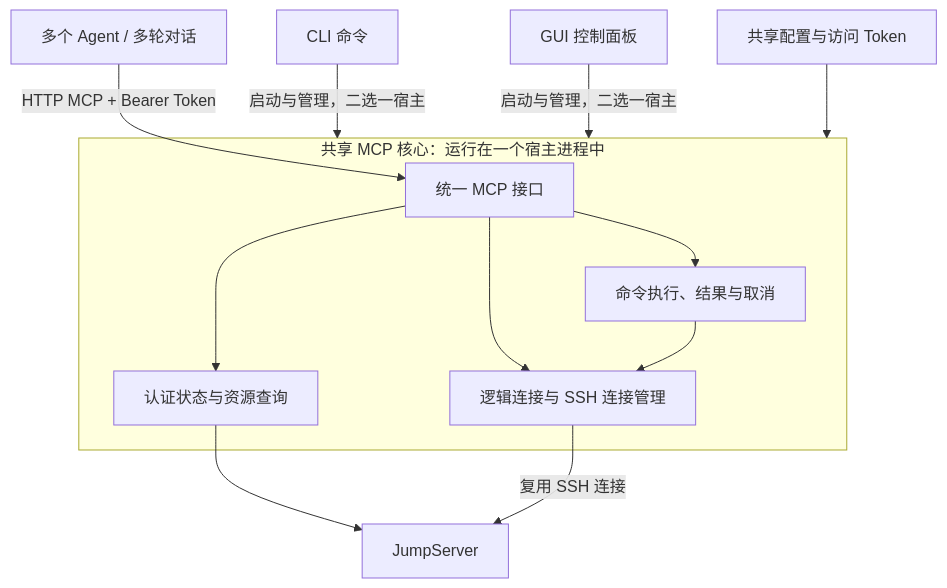
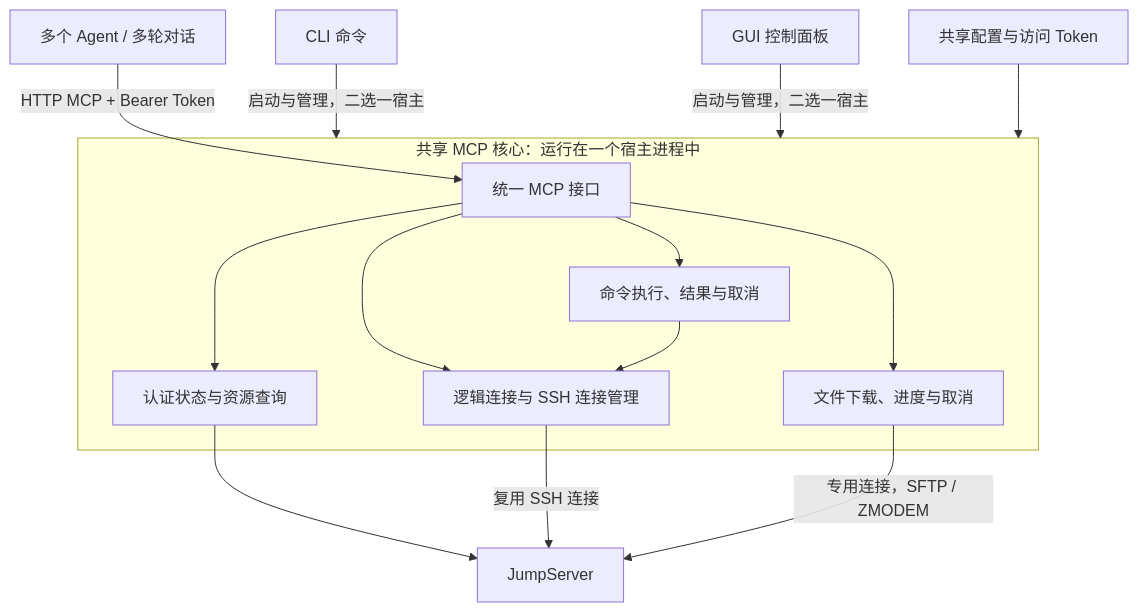
The diagram in docs/specs/agent-mcp.md (cmstar/jumpaccess), drawn with Mermaid before and after one commit. The commit also changed other lines of this file and 35 other files, not shown here.

````diff
--- a/docs/specs/agent-mcp.md
+++ b/docs/specs/agent-mcp.md
@@ -19,15 +19,17 @@
 ```mermaid
 flowchart TB
     Agents[多个 Agent / 多轮对话] -->|HTTP MCP + Bearer Token| Endpoint[统一 MCP 接口]
     CLI[CLI 命令] -->|启动与管理，二选一宿主| Core
     GUI[GUI 控制面板] -->|启动与管理，二选一宿主| Core
     subgraph Core[共享 MCP 核心：运行在一个宿主进程中]
         Endpoint --> Resources[认证状态与资源查询]
         Endpoint --> Connections[逻辑连接与 SSH 连接管理]
         Endpoint --> Executions[命令执行、结果与取消]
+        Endpoint --> Downloads[文件下载、进度与取消]
         Executions --> Connections
     end
     Resources --> JumpServer[JumpServer]
     Connections -->|复用 SSH 连接| JumpServer
+    Downloads -->|专用连接，SFTP / ZMODEM| JumpServer
     Config[共享配置与访问 Token] --> Core
 ```
````
